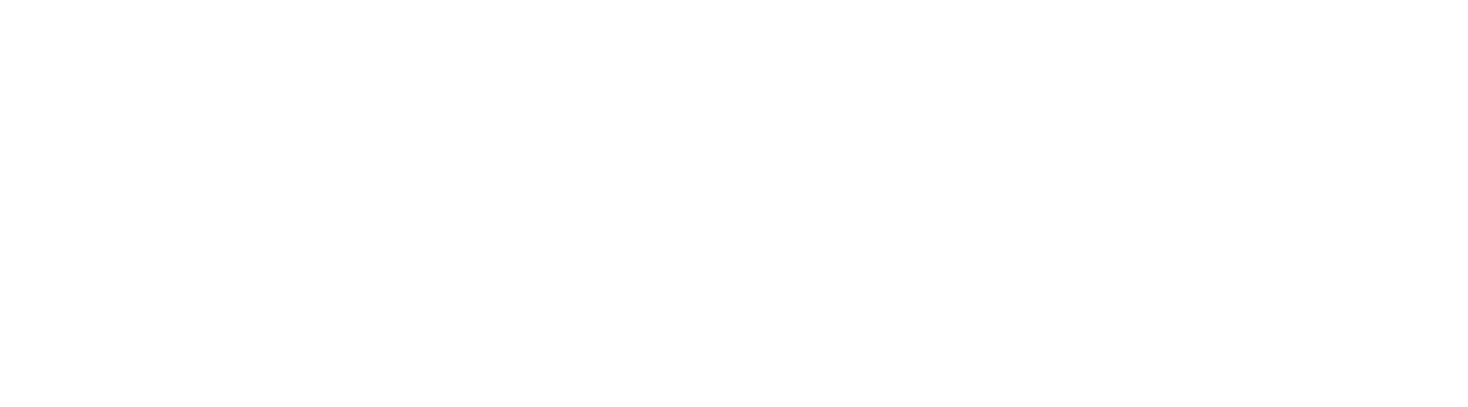
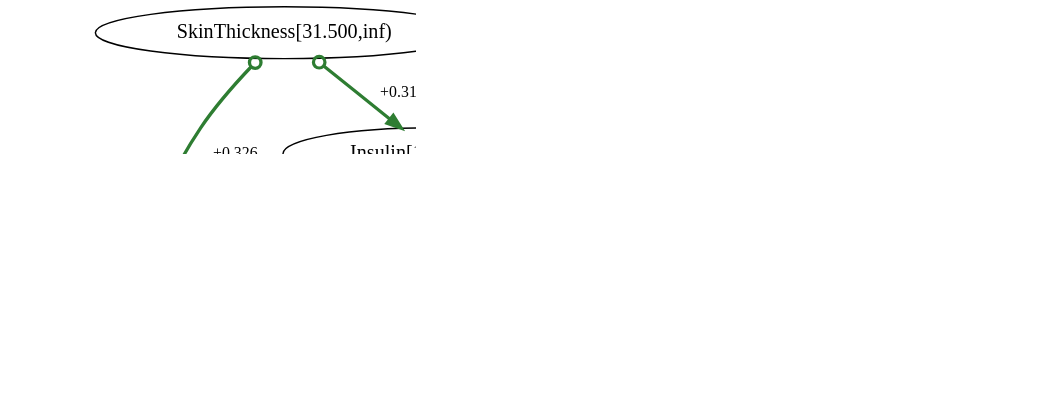
One commit to AKANEMO22/MedTCAX-Causal-Argumentative-Explainability changed the diagram in causal_argumentation-main/outputs_diabetes/fci_experiment/discovery_fci_dropfirst_weighted.dot. Above: the diagram before and after it, drawn with Graphviz. The commit also changed 28 other files, not shown here.

```diff
--- a/causal_argumentation-main/outputs_diabetes/fci_experiment/discovery_fci_dropfirst_weighted.dot
+++ b/causal_argumentation-main/outputs_diabetes/fci_experiment/discovery_fci_dropfirst_weighted.dot
@@ -1,26 +1,26 @@
 digraph {
 fontsize=18;
 dpi=200;
 0 [label="Pregnancies[6.500,inf)"];
 1 [label="Glucose[127.500,inf)"];
 2 [label="BloodPressure[69.000,inf)"];
 3 [label="SkinThickness[31.500,inf)"];
 4 [label="Insulin[121.000,inf)"];
 5 [label="BMI[27.850,inf)"];
 6 [label="DiabetesPedigreeFunction[0.528,inf)"];
 7 [label="Age[28.500,inf)"];
 8 [label=Outcome];
 0 -> 7 [dir=both, arrowtail=odot, arrowhead=odot, label=" +0.496 ", fontsize=11, color="#2e7d32", penwidth=2.9822574307682554];
 0 -> 8 [dir=both, arrowtail=none, arrowhead=normal, label=" +0.238 ", fontsize=11, color="#2e7d32", penwidth=1.9502296895425415];
 1 -> 2 [dir=both, arrowtail=normal, arrowhead=normal, label=" +0.187 ", fontsize=11, color="#2e7d32", penwidth=1.749213156434048];
 4 -> 1 [dir=both, arrowtail=none, arrowhead=normal, label=" +0.316 ", fontsize=11, color="#2e7d32", penwidth=2.2645299600487085];
 1 -> 8 [dir=both, arrowtail=none, arrowhead=normal, label=" +0.426 ", fontsize=11, color="#2e7d32", penwidth=2.704437847250544];
 5 -> 2 [dir=both, arrowtail=odot, arrowhead=normal, label=" +0.199 ", fontsize=11, color="#2e7d32", penwidth=1.7948849558106934];
-7 -> 2 [dir=both, arrowtail=odot, arrowhead=normal, label=" +0.297 ", fontsize=11, color="#2e7d32", penwidth=2.1862795321557025];
+7 -> 2 [dir=both, arrowtail=none, arrowhead=normal, label=" +0.297 ", fontsize=11, color="#2e7d32", penwidth=2.1862795321557025];
 3 -> 4 [dir=both, arrowtail=odot, arrowhead=normal, label=" +0.310 ", fontsize=11, color="#2e7d32", penwidth=2.241918529103894];
 3 -> 5 [dir=both, arrowtail=odot, arrowhead=odot, label=" +0.326 ", fontsize=11, color="#2e7d32", penwidth=2.3055611548516746];
-4 -> 6 [dir=both, arrowtail=normal, arrowhead=normal, label=" +0.162 ", fontsize=11, color="#2e7d32", penwidth=1.647519129629167];
+6 -> 4 [dir=both, arrowtail=none, arrowhead=normal, label=" +0.162 ", fontsize=11, color="#2e7d32", penwidth=1.647519129629167];
 5 -> 8 [dir=both, arrowtail=none, arrowhead=normal, label=" +0.304 ", fontsize=11, color="#2e7d32", penwidth=2.2165180354858696];
 6 -> 8 [dir=both, arrowtail=none, arrowhead=normal, label=" +0.171 ", fontsize=11, color="#2e7d32", penwidth=1.6846081083416191];
 7 -> 8 [dir=both, arrowtail=none, arrowhead=normal, label=" +0.312 ", fontsize=11, color="#2e7d32", penwidth=2.2484007666221917];
 }
```
